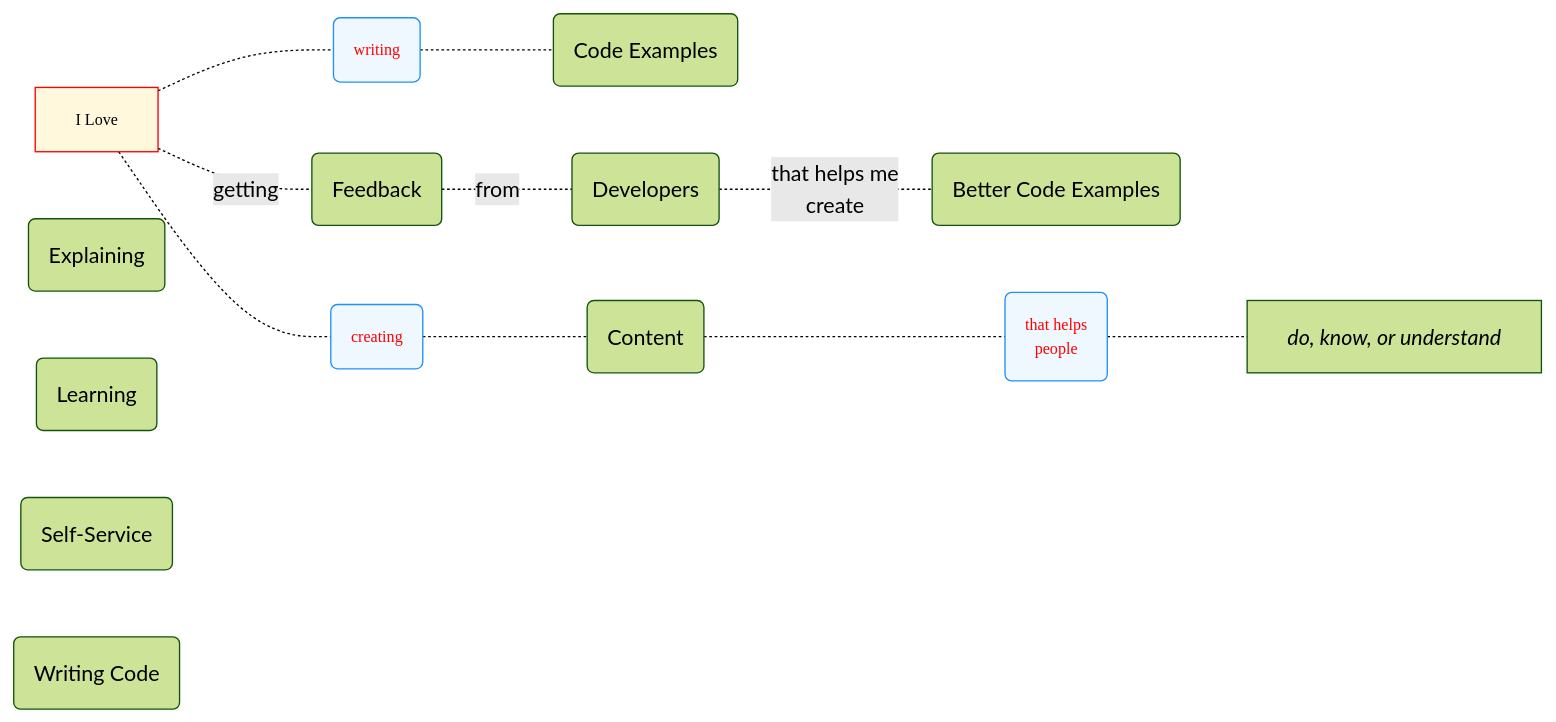
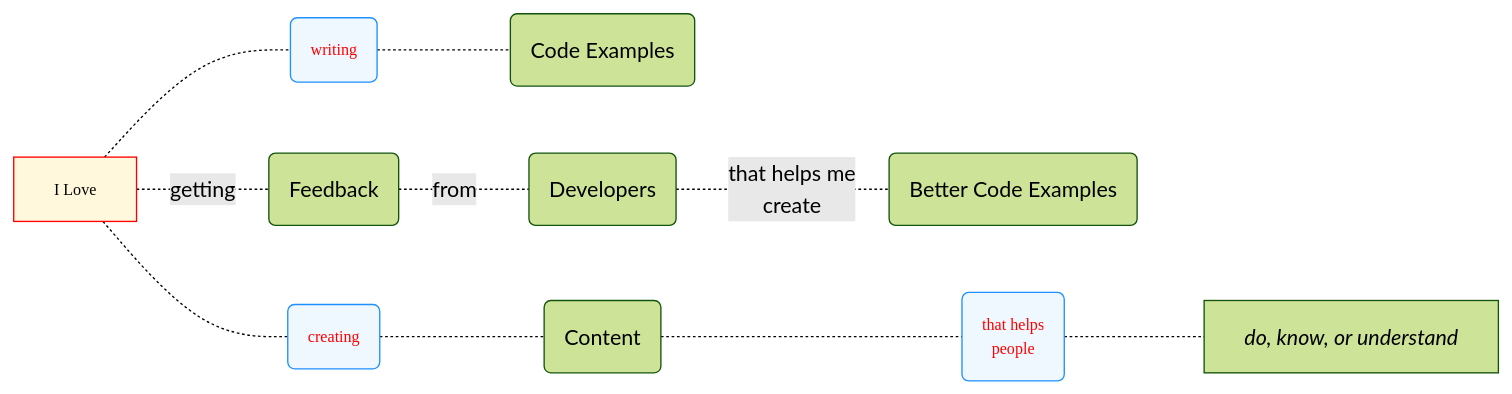
The first of 2 diagrams in overview.md (joe-dorward/samples), drawn with Mermaid before and after one commit.

````diff
--- a/overview.md
+++ b/overview.md
@@ -1,61 +1,56 @@
 ```mermaid
 %%{init: { "theme":"forest"} }%%
 flowchart LR
   classDef Compact font-family:verdana, font-size:7.5pt, text-align:left;
   classDef Variables fill:white, stroke:white, font-family:courier new, font-size:10pt;
   classDef Object fill:white, stroke:white, font-family:verdana, font-size:9pt;
 
   classDef Start fill:cornsilk, stroke:red, font-family:verdana, font-size:9pt;
 
   classDef Verb fill:aliceblue, color:red, stroke:dodgerblue, font-family:verdana, font-size:9pt;
 
 
 I_LOVE["I Love"]:::Start
 
 
 
 CODE_EXAMPLES("Code Examples")
 BETTER_CODE_EXAMPLES("Better Code Examples")
 
 
 
 CONTENT("Content")
 
 
 DEVELOPERS("Developers")
-EXPLAINING("Explaining")
+
 
 FEEDBACK("Feedback")
 
-LEARNING("Learning")
-SELF_SERVICE("Self-Service")
 
 DO_KNOW_UNDERSTAND["`*do, know, or understand*`"]
 style DO_KNOW_UNDERSTAND text-align:left
-
-WRITING_CODE("Writing Code")
-
 
 
 %% DOING ==========
 
 CREATING("creating")
 WRITING("writing")
 
 THAT_HELPS_PEOPLE("that helps
   people")
 
 class CREATING,WRITING,THAT_HELPS_PEOPLE Verb;
 
 %% CONNECTING ==========
 
 I_LOVE-.-CREATING-.-CONTENT-.-THAT_HELPS_PEOPLE-.-DO_KNOW_UNDERSTAND
 
 I_LOVE-.-WRITING-.-CODE_EXAMPLES
 
 
 
 I_LOVE-.getting.-FEEDBACK-.from.-DEVELOPERS-.that helps me
   create.-BETTER_CODE_EXAMPLES
 
 ```
````
